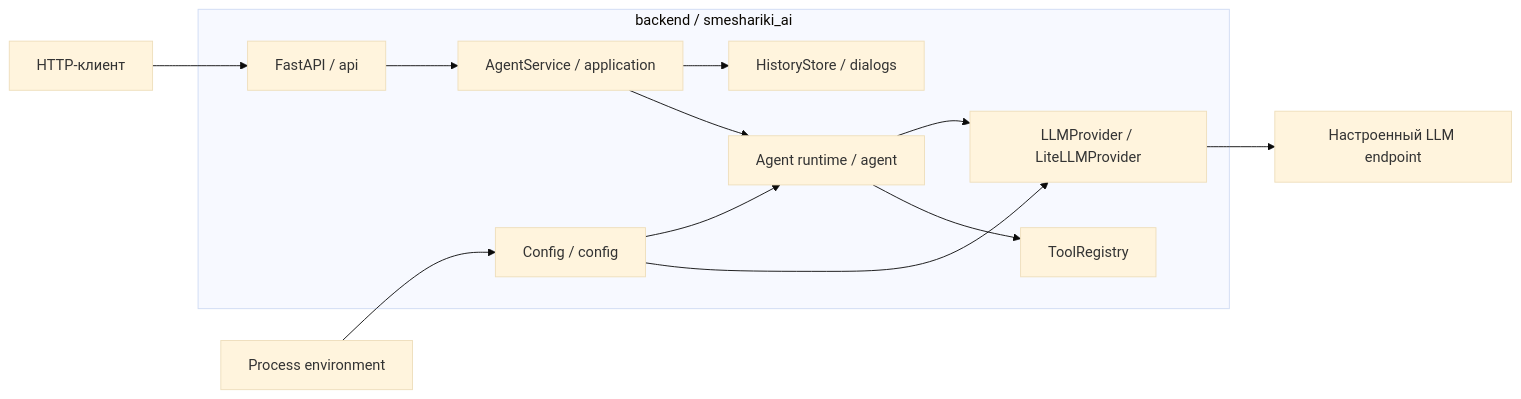
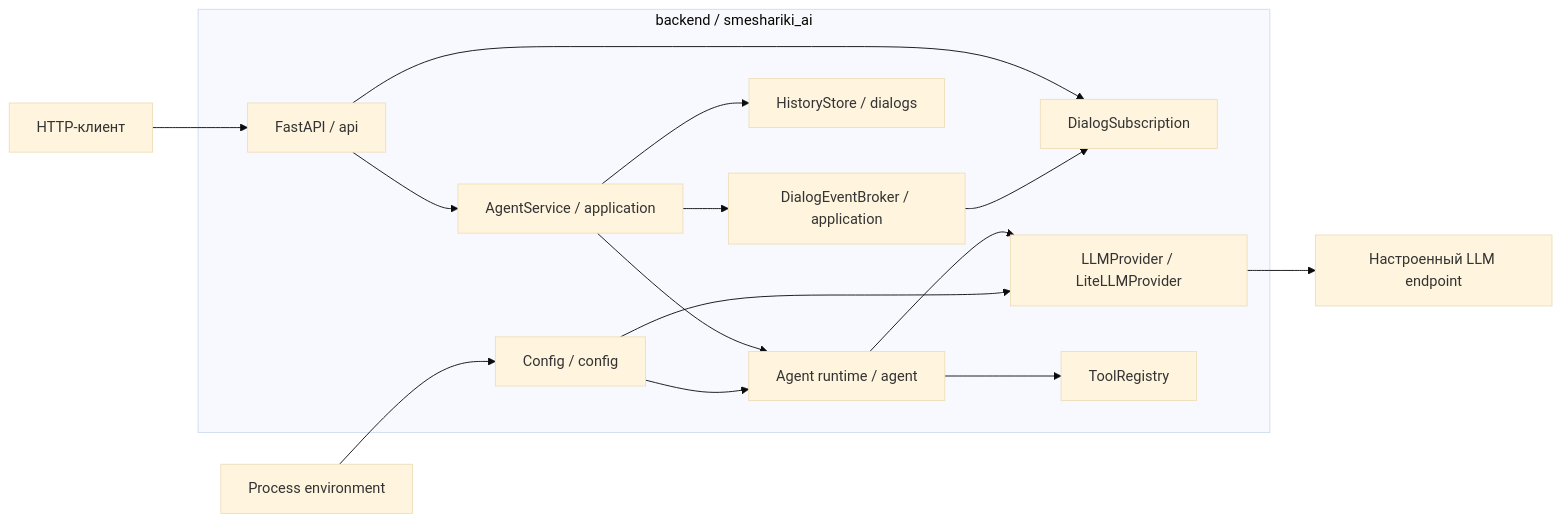
The diagram in docs/README.md (Nisakoo/BMSTU-NIRS), drawn with Mermaid (base theme) before and after one commit. The commit also changed other lines of this file and 18 other files, not shown here.

First line of the commit message:
refactor(application)!: extract dialog event broker

````diff
--- a/docs/README.md
+++ b/docs/README.md
@@ -38,29 +38,34 @@
 ```mermaid
 flowchart LR
     Client[HTTP-клиент]
 
     subgraph Backend[backend / smeshariki_ai]
         Config[Config / config]
         API[FastAPI / api]
         Service[AgentService / application]
+        Broker[DialogEventBroker / application]
+        Subscription[DialogSubscription]
         History[HistoryStore / dialogs]
         Agent[Agent runtime / agent]
         LLM[LLMProvider / LiteLLMProvider]
         Tools[ToolRegistry]
 
         API --> Service
         Config --> Agent
         Config --> LLM
         Service --> History
         Service --> Agent
+        Service --> Broker
+        Broker --> Subscription
+        API --> Subscription
         Agent --> LLM
         Agent --> Tools
     end
 
     Model[Настроенный LLM endpoint]
     Environment[Process environment]
 
     Client --> API
     Environment --> Config
     LLM --> Model
 ```
````
